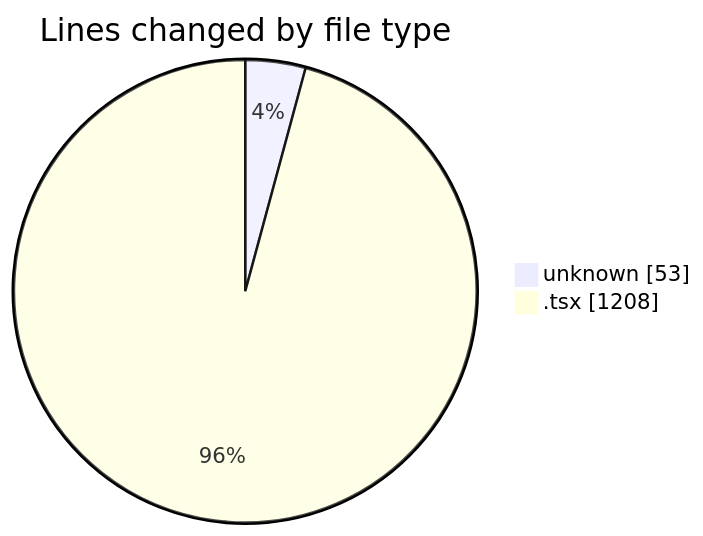
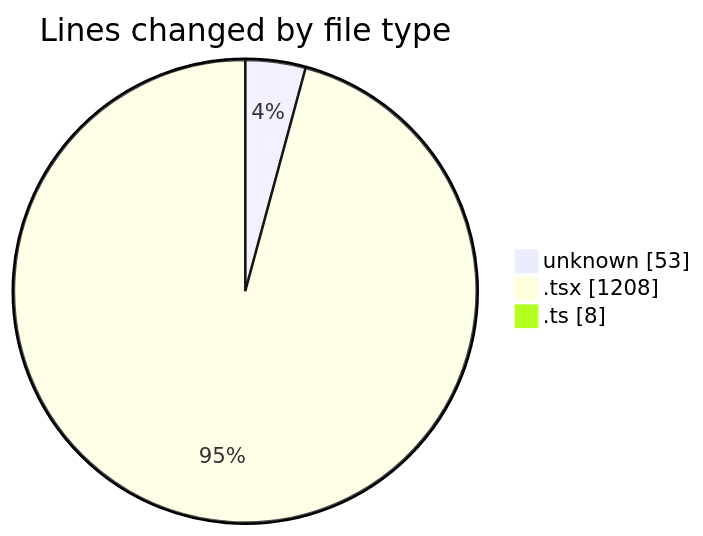
The first of 2 diagrams in 2026-01-28/cda/README.md (momahboobian/code-tracking), drawn with Mermaid before and after one commit. The commit also changed other lines of this file and 1 other file, not shown here.

````diff
--- a/2026-01-28/cda/README.md
+++ b/2026-01-28/cda/README.md
@@ -21,6 +22,7 @@
 ```mermaid
 pie showData
 title Lines changed by file type
 "unknown" : 53
 ".tsx" : 1208
+".ts" : 8
 ```
````
